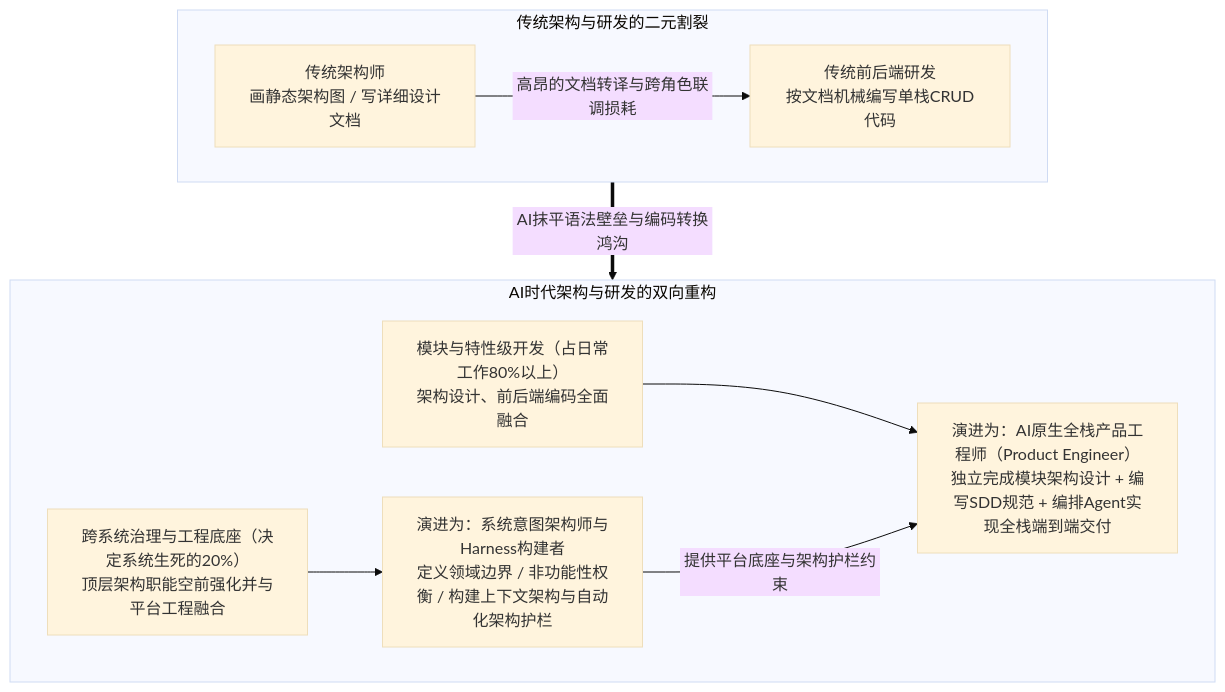
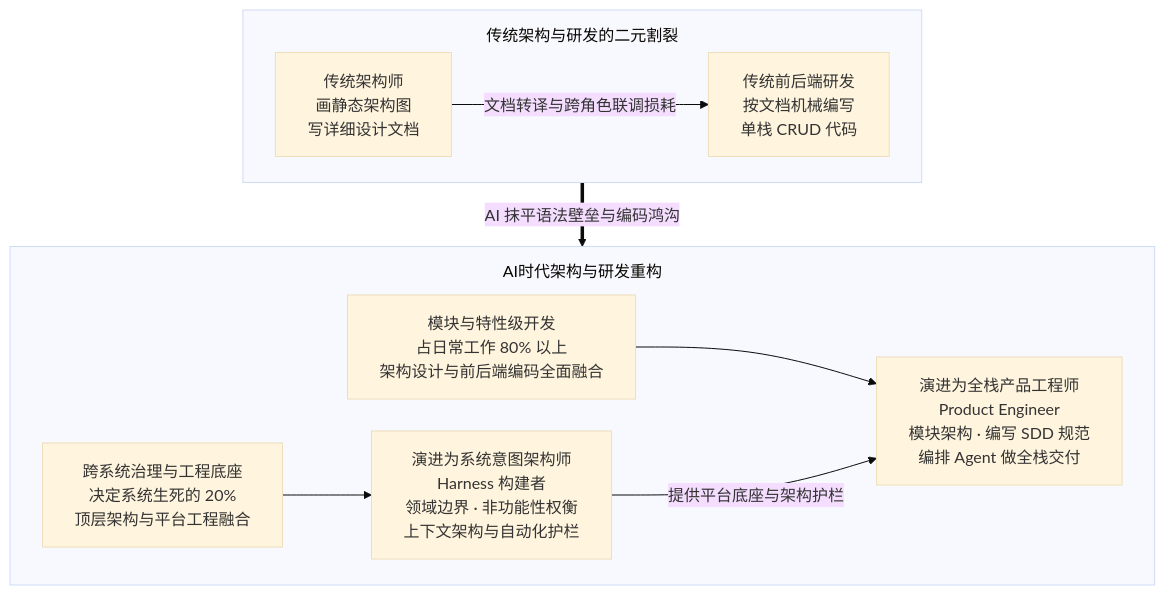
One commit to gqcn/johns-blog changed the second of 5 diagrams in docs/docs/1000-AI技术/200-应用开发/400-工程管理与实践/10000-AI时代的软件工程管理：角色重构、生命周期演进与治理新范式.md. Above: the diagram before and after it, drawn with Mermaid (base theme). The commit also changed other lines of this file and 1 other file, not shown here.

Commit message:
feat: enhance markdown formatting guidelines for mermaid diagrams and content clarity

````diff
--- a/docs/docs/1000-AI技术/200-应用开发/400-工程管理与实践/10000-AI时代的软件工程管理：角色重构、生命周期演进与治理新范式.md
+++ b/docs/docs/1000-AI技术/200-应用开发/400-工程管理与实践/10000-AI时代的软件工程管理：角色重构、生命周期演进与治理新范式.md
@@ -234,18 +235,19 @@
 ```mermaid
+%%{init: {"flowchart": {"wrappingWidth": 560, "nodeSpacing": 32, "rankSpacing": 40, "padding": 16, "subGraphTitleMargin": {"top": 12.5, "bottom": 4}}}}%%
 flowchart TD
     subgraph traditional ["传统架构与研发的二元割裂"]
-        T1["传统架构师<br/>画静态架构图 / 写详细设计文档"]
-        T2["传统前后端研发<br/>按文档机械编写单栈CRUD代码"]
-        T1 -->|高昂的文档转译与跨角色联调损耗| T2
+        T1["传统架构师<br/>画静态架构图<br/>写详细设计文档"]
+        T2["传统前后端研发<br/>按文档机械编写<br/>单栈 CRUD 代码"]
+        T1 -->|文档转译与跨角色联调损耗| T2
     end
-    subgraph ai_era ["AI时代架构与研发的双向重构"]
-        A1["模块与特性级开发（占日常工作80%以上）<br/>架构设计、前后端编码全面融合"]
-        A2["演进为：AI原生全栈产品工程师（Product Engineer）<br/>独立完成模块架构设计 + 编写SDD规范 + 编排Agent实现全栈端到端交付"]
-        B1["跨系统治理与工程底座（决定系统生死的20%）<br/>顶层架构职能空前强化并与平台工程融合"]
-        B2["演进为：系统意图架构师与Harness构建者<br/>定义领域边界 / 非功能性权衡 / 构建上下文架构与自动化架构护栏"]
+    subgraph ai_era ["AI时代架构与研发重构"]
+        A1["模块与特性级开发<br/>占日常工作 80% 以上<br/>架构设计与前后端编码全面融合"]
+        A2["演进为全栈产品工程师<br/>Product Engineer<br/>模块架构 · 编写 SDD 规范<br/>编排 Agent 做全栈交付"]
+        B1["跨系统治理与工程底座<br/>决定系统生死的 20%<br/>顶层架构与平台工程融合"]
+        B2["演进为系统意图架构师<br/>Harness 构建者<br/>领域边界 · 非功能性权衡<br/>上下文架构与自动化护栏"]
         A1 --> A2
         B1 --> B2
-        B2 -->|提供平台底座与架构护栏约束| A2
+        B2 -->|提供平台底座与架构护栏| A2
     end
-    traditional ==>|AI抹平语法壁垒与编码转换鸿沟| ai_era
+    traditional ==>|AI 抹平语法壁垒与编码鸿沟| ai_era
 ```
````
